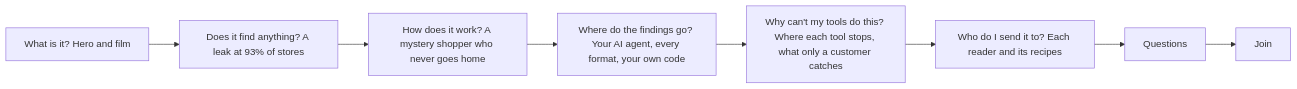
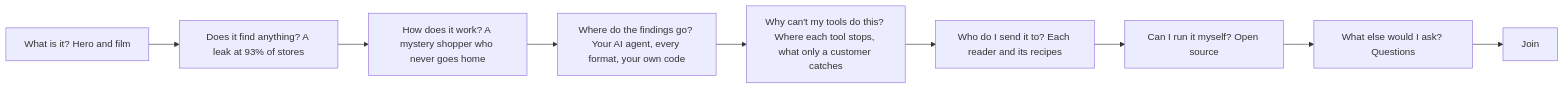
The second of 2 diagrams in COPY.md (UseObsession/homepage), drawn with Mermaid before and after one commit. The commit also changed other lines of this file and 4 other files, not shown here.

First line of the commit message:
Home: open source back under Can I run it myself?, and no cost question

````diff
--- a/COPY.md
+++ b/COPY.md
@@ -163,9 +163,10 @@
 ```mermaid
 flowchart LR
   a["What is it? Hero and film"] --> b["Does it find anything? A leak at 93% of stores"]
   b --> c["How does it work? A mystery shopper who never goes home"]
   c --> c2["Where do the findings go? Your AI agent, every format, your own code"]
   c2 --> d["Why can't my tools do this? Where each tool stops, what only a customer catches"]
   d --> e["Who do I send it to? Each reader and its recipes"]
-  e --> j["Questions"] --> k["Join"]
+  e --> o["Can I run it myself? Open source"]
+  o --> j["What else would I ask? Questions"] --> k["Join"]
 ```
````
